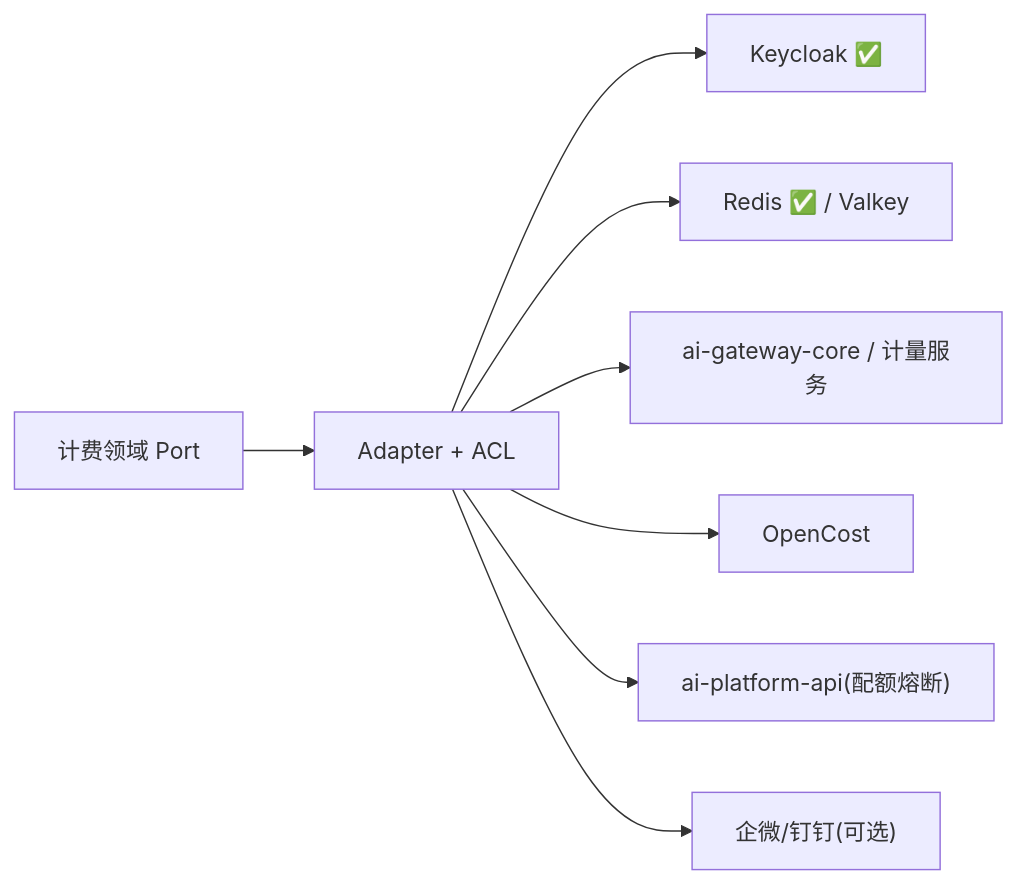
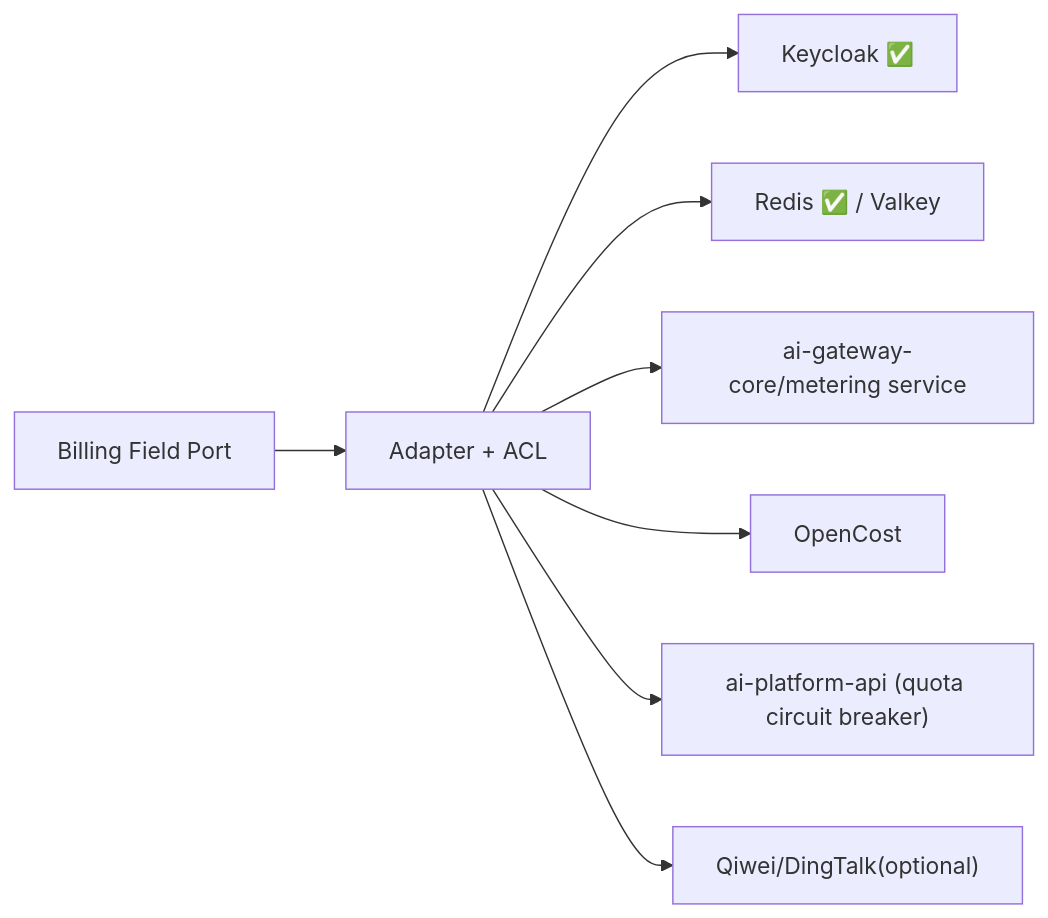
One commit to open-strata-ai/ai-billing-service changed the third of 5 diagrams in design/DESIGN.md. Above: the diagram before and after it, drawn with Mermaid. The commit also changed other lines of this file and 10 other files, not shown here.

````diff
--- a/design/DESIGN.md
+++ b/design/DESIGN.md
@@ -166,10 +166,10 @@
 ```mermaid
 graph LR
-    DOM["计费领域 Port"] --> ADAP["Adapter + ACL"]
+    DOM["Billing Field Port"] --> ADAP["Adapter + ACL"]
     ADAP --> KC["Keycloak ✅"]
     ADAP --> RD["Redis ✅ / Valkey"]
-    ADAP --> METER["ai-gateway-core / 计量服务"]
+    ADAP --> METER["ai-gateway-core/metering service"]
     ADAP --> OC["OpenCost"]
-    ADAP --> API2["ai-platform-api(配额熔断)"]
-    ADAP --> NT["企微/钉钉(可选)"]
+    ADAP --> API2["ai-platform-api (quota circuit breaker)"]
+    ADAP --> NT["Qiwei/DingTalk(optional)"]
 ```
````
